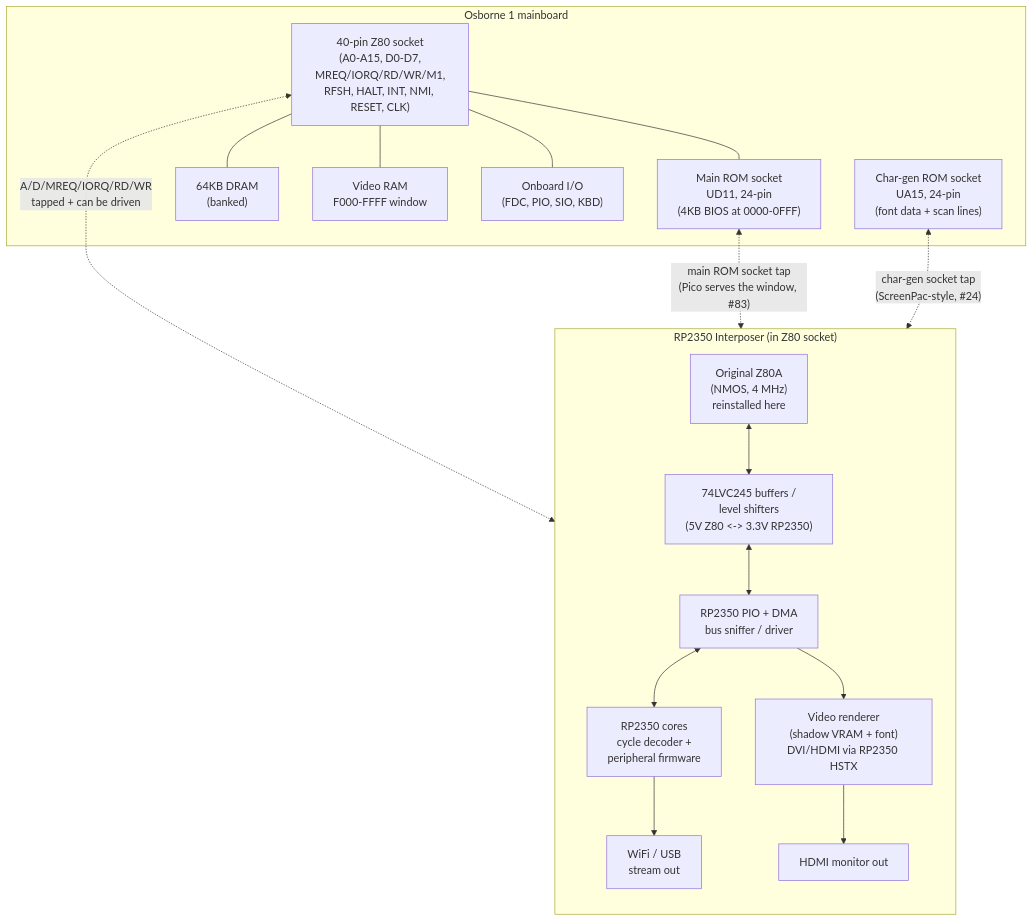
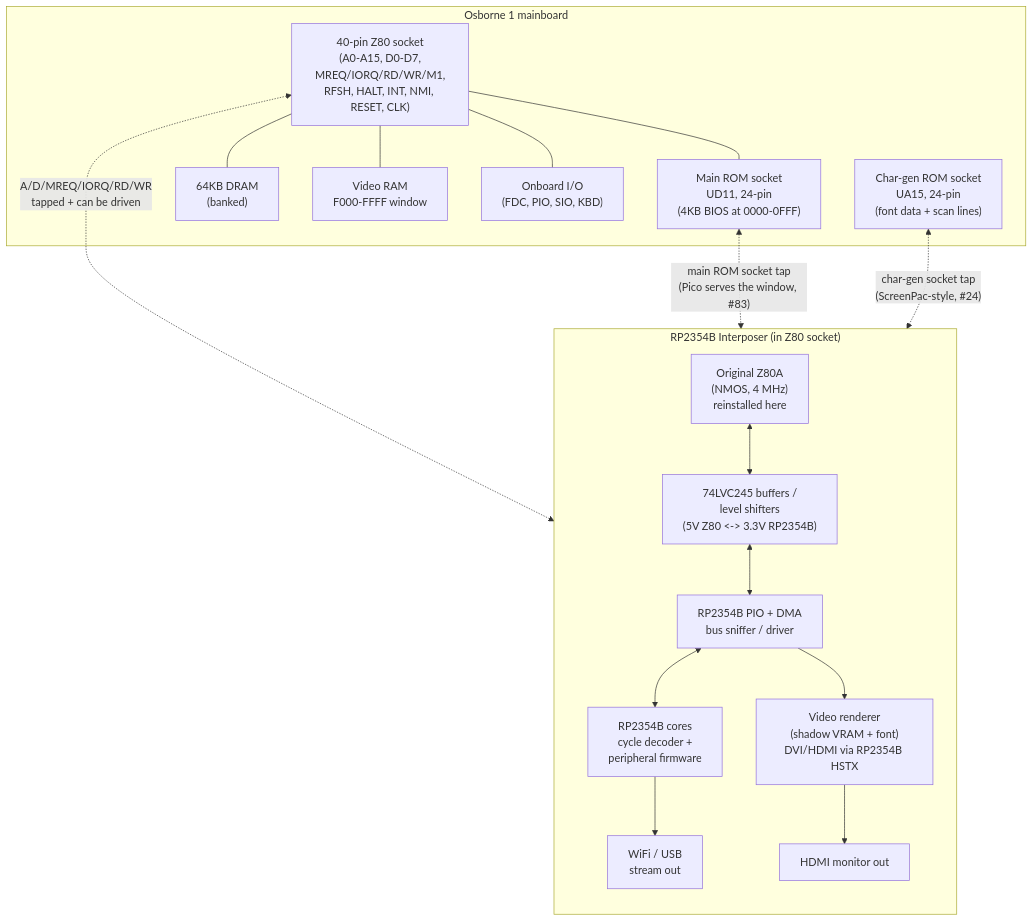
Before and after one commit to Myrcurial/o1next: the first of 4 diagrams in docs/virtual-peripherals-block-diagram.md, drawn with Mermaid. The commit also changed other lines of this file and 41 other files, not shown here.

````diff
--- a/docs/virtual-peripherals-block-diagram.md
+++ b/docs/virtual-peripherals-block-diagram.md
@@ -13,29 +13,29 @@
 ```mermaid
 flowchart TB
     subgraph MB["Osborne 1 mainboard"]
         ZSKT["40-pin Z80 socket<br/>(A0-A15, D0-D7,<br/>MREQ/IORQ/RD/WR/M1,<br/>RFSH, HALT, INT, NMI, RESET, CLK)"]
         ROMSKT["Main ROM socket<br/>UD11, 24-pin<br/>(4KB BIOS at 0000-0FFF)"]
         RAM["64KB DRAM<br/>(banked)"]
         VRAM["Video RAM<br/>F000-FFFF window"]
         IO["Onboard I/O<br/>(FDC, PIO, SIO, KBD)"]
         CG["Char-gen ROM socket<br/>UA15, 24-pin<br/>(font data + scan lines)"]
         ZSKT --- ROMSKT & RAM & VRAM & IO
     end
 
-    subgraph INTP["RP2350 Interposer (in Z80 socket)"]
+    subgraph INTP["RP2354B Interposer (in Z80 socket)"]
         direction TB
         Z80["Original Z80A<br/>(NMOS, 4 MHz)<br/>reinstalled here"]
-        BUF["74LVC245 buffers /<br/>level shifters<br/>(5V Z80 <-> 3.3V RP2350)"]
-        PIO["RP2350 PIO + DMA<br/>bus sniffer / driver"]
-        MCU["RP2350 cores<br/>cycle decoder +<br/>peripheral firmware"]
+        BUF["74LVC245 buffers /<br/>level shifters<br/>(5V Z80 <-> 3.3V RP2354B)"]
+        PIO["RP2354B PIO + DMA<br/>bus sniffer / driver"]
+        MCU["RP2354B cores<br/>cycle decoder +<br/>peripheral firmware"]
         WIFI["WiFi / USB<br/>stream out"]
-        VID["Video renderer<br/>(shadow VRAM + font)<br/>DVI/HDMI via RP2350 HSTX"]
+        VID["Video renderer<br/>(shadow VRAM + font)<br/>DVI/HDMI via RP2354B HSTX"]
         HDMI["HDMI monitor out"]
         Z80 <--> BUF <--> PIO <--> MCU --> WIFI
         PIO --> VID --> HDMI
     end
 
     ZSKT <-."A/D/MREQ/IORQ/RD/WR<br/>tapped + can be driven".-> BUF
     ROMSKT <-."main ROM socket tap<br/>(Pico serves the window, #83)".-> BUF
     CG <-."char-gen socket tap<br/>(ScreenPac-style, #24)".-> VID
 ```
````
